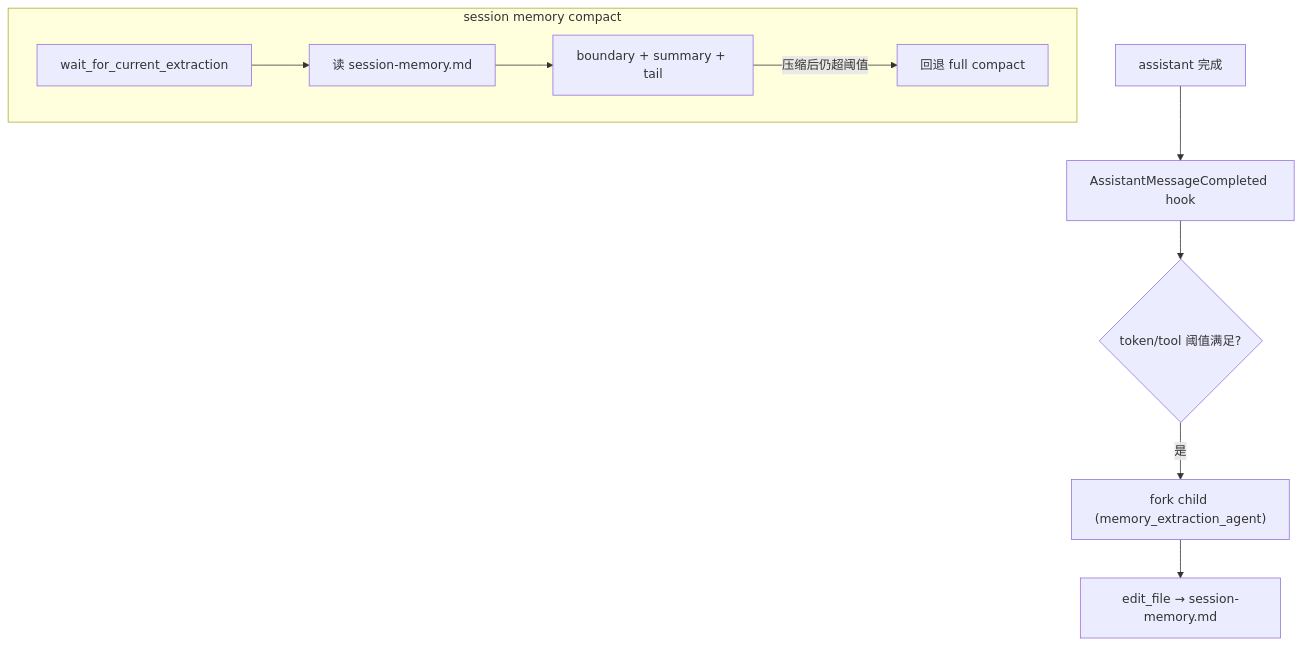
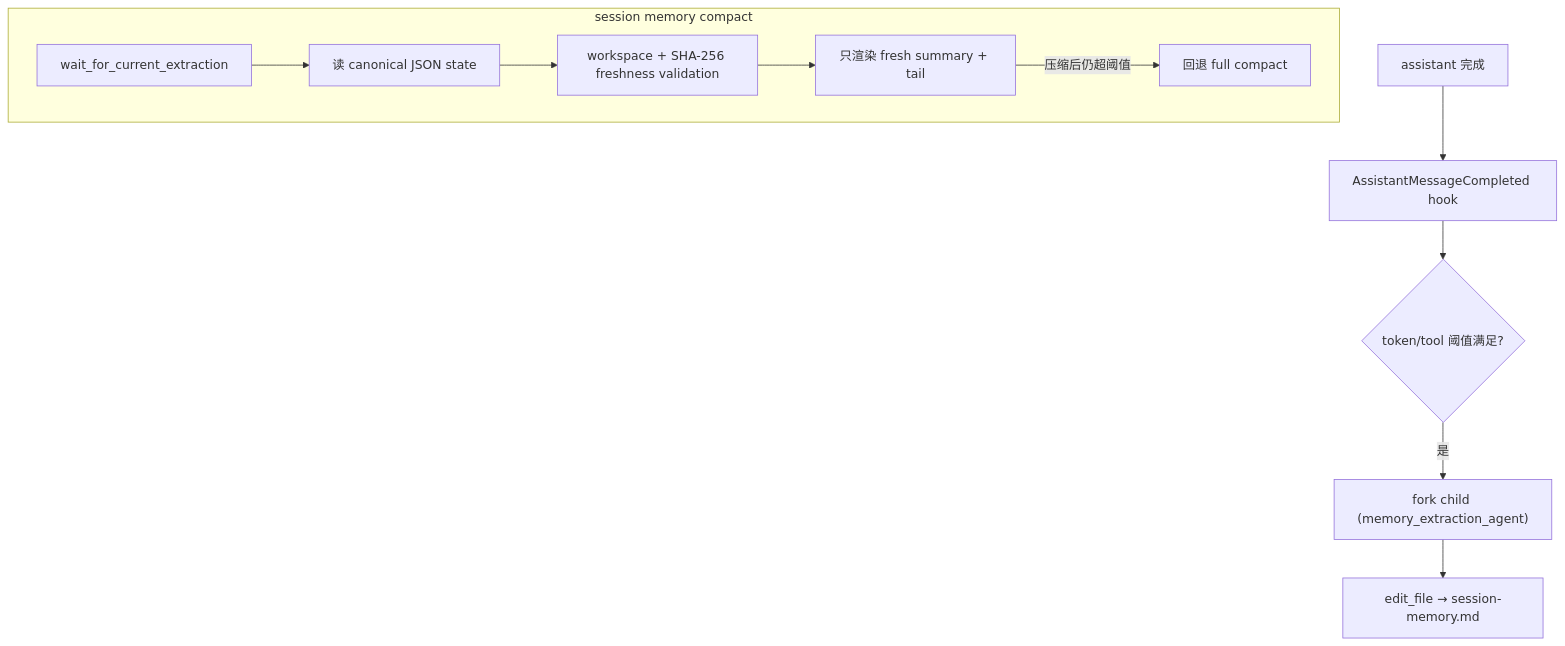
One commit to CHENSHIYI0929/R-Code changed the second of 2 diagrams in docs/design-docs/compaction-architecture.md. Above: the diagram before and after it, drawn with Mermaid. The commit also changed other lines of this file and 6 other files, not shown here.

Commit message:
docs: document canonical memory flow

````diff
--- a/docs/design-docs/compaction-architecture.md
+++ b/docs/design-docs/compaction-architecture.md
@@ -89,12 +96,13 @@
 ```mermaid
 flowchart TD
   Asst["assistant 完成"] --> Hook["AssistantMessageCompleted hook"]
   Hook --> Policy{"token/tool 阈值满足?"}
   Policy -->|是| Fork["fork child (memory_extraction_agent)"]
   Fork --> Edit["edit_file → session-memory.md"]
   subgraph Consume["session memory compact"]
-    Wait["wait_for_current_extraction"] --> Read["读 session-memory.md"]
-    Read --> Build["boundary + summary + tail"]
+    Wait["wait_for_current_extraction"] --> Read["读 canonical JSON state"]
+    Read --> Validate["workspace + SHA-256 freshness validation"]
+    Validate --> Build["只渲染 fresh summary + tail"]
     Build -->|压缩后仍超阈值| FullBack["回退 full compact"]
   end
 ```
````
